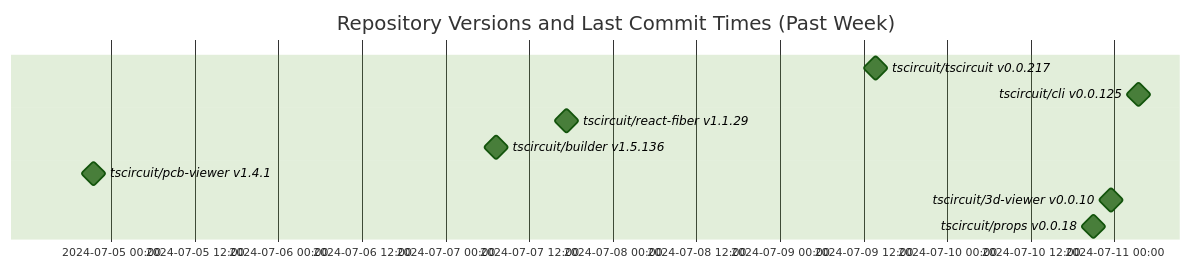
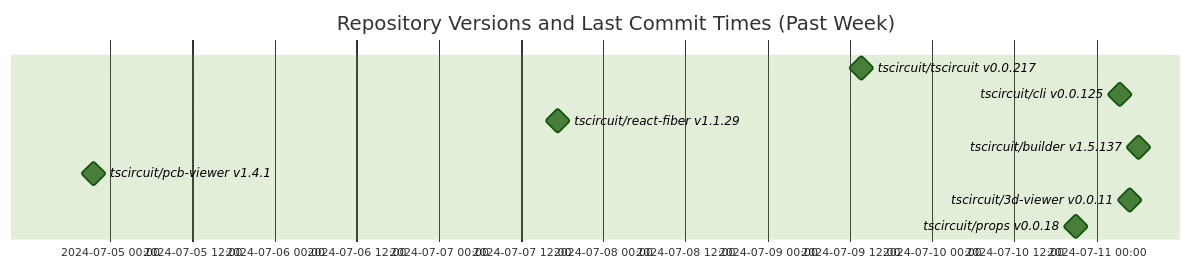
The diagram in README.md (tscircuit/version-tracker), drawn with Mermaid (forest theme) before and after one commit.

Commit message:
Update chart

````diff
--- a/README.md
+++ b/README.md
@@ -1,14 +1,14 @@
 ```mermaid
 gantt
   dateFormat  YYYY-MM-DD HH:mm:ss
   title Repository Versions and Last Commit Times (Past Week)
   axisFormat %Y-%m-%d %H:%M
 
   tscircuit/tscircuit v0.0.217 : milestone, 2024-07-09 13:42:47, 1s
   tscircuit/cli v0.0.125 : milestone, 2024-07-11 03:26:17, 1s
   tscircuit/react-fiber v1.1.29 : milestone, 2024-07-07 17:23:26, 1s
-  tscircuit/builder v1.5.136 : milestone, 2024-07-07 07:13:19, 1s
+  tscircuit/builder v1.5.137 : milestone, 2024-07-11 06:10:19, 1s
   tscircuit/pcb-viewer v1.4.1 : milestone, 2024-07-04 21:31:51, 1s
-  tscircuit/3d-viewer v0.0.10 : milestone, 2024-07-10 23:31:51, 1s
+  tscircuit/3d-viewer v0.0.11 : milestone, 2024-07-11 04:54:43, 1s
   tscircuit/props v0.0.18 : milestone, 2024-07-10 20:59:29, 1s
 ```
````
